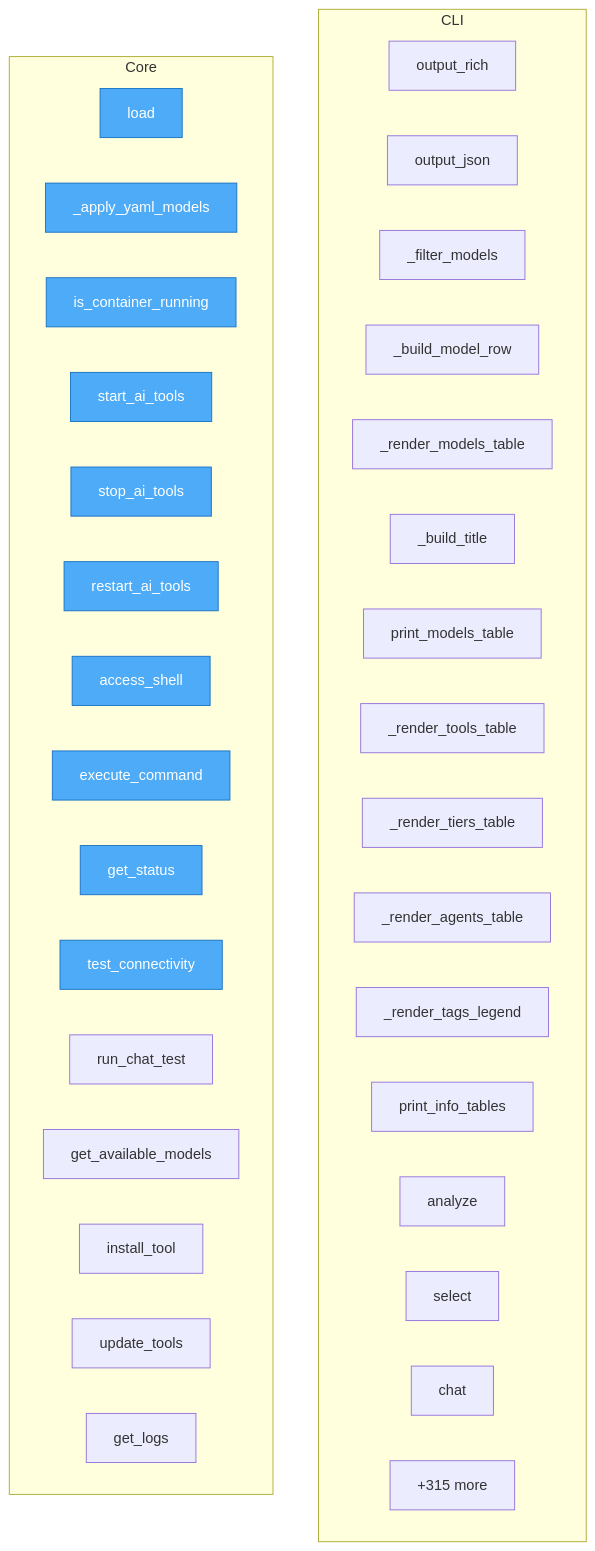
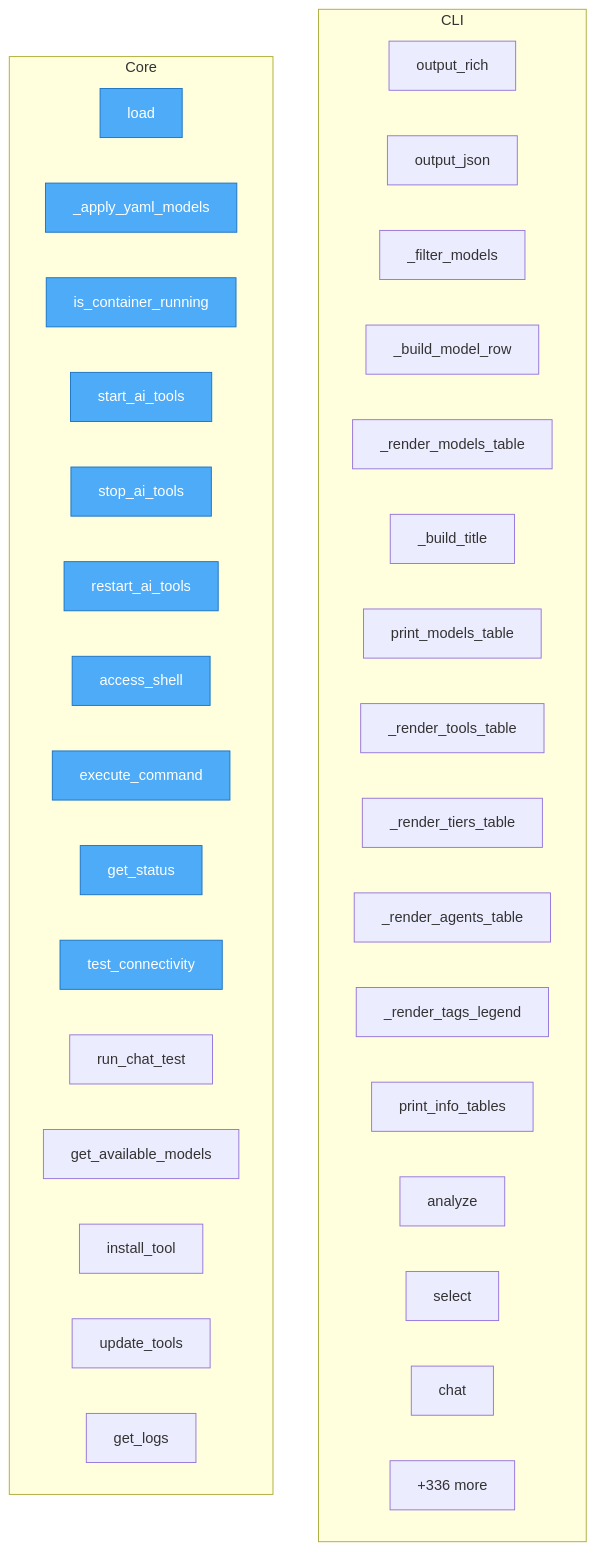
Before and after one commit to semcod/llx: the diagram in project/flow.mmd, drawn with Mermaid. The commit also changed 70 other files, not shown here.

```diff
--- a/project/flow.mmd
+++ b/project/flow.mmd
@@ -1,44 +1,44 @@
 flowchart TD
 
     %% Entry points (blue)
     classDef entry fill:#4dabf7,stroke:#1971c2,color:#fff
 
     subgraph CLI
         llx__cli__formatters__output_rich["output_rich"]
         llx__cli__formatters__output_json["output_json"]
         llx__cli__formatters___filter_models["_filter_models"]
         llx__cli__formatters___build_model_row["_build_model_row"]
         llx__cli__formatters___render_models_table["_render_models_table"]
         llx__cli__formatters___build_title["_build_title"]
         llx__cli__formatters__print_models_table["print_models_table"]
         llx__cli__formatters___render_tools_table["_render_tools_table"]
         llx__cli__formatters___render_tiers_table["_render_tiers_table"]
         llx__cli__formatters___render_agents_table["_render_agents_table"]
         llx__cli__formatters___render_tags_legend["_render_tags_legend"]
         llx__cli__formatters__print_info_tables["print_info_tables"]
         llx__cli__app__analyze["analyze"]
         llx__cli__app__select["select"]
         llx__cli__app__chat["chat"]
         ...["+11 more"]
     end
 
     subgraph Core
         llx__config__LlxConfig__load["load"]
         llx__config___apply_yaml_models["_apply_yaml_models"]
         llx__AIToolsManager__is_container_running["is_container_running"]
         llx__tools__ai_tools_manager__AIToolsManager__start_ai_tools["start_ai_tools"]
         llx__tools__ai_tools_manager__AIToolsManager__stop_ai_tools["stop_ai_tools"]
         llx__AIToolsManager__restart_ai_tools["restart_ai_tools"]
         llx__tools__ai_tools_manager__AIToolsManager__access_shell["access_shell"]
         llx__AIToolsManager__execute_command["execute_command"]
         llx__tools__ai_tools_manager__AIToolsManager__get_status["get_status"]
         llx__AIToolsManager__test_connectivity["test_connectivity"]
         llx__tools__ai_tools_manager__AIToolsManager__run_chat_test["run_chat_test"]
         llx__AIToolsManager__get_available_models["get_available_models"]
         llx__tools__ai_tools_manager__AIToolsManager__install_tool["install_tool"]
         llx__tools__ai_tools_manager__AIToolsManager__update_tools["update_tools"]
         llx__tools__ai_tools_manager__AIToolsManager__get_logs["get_logs"]
-        ...["+315 more"]
+        ...["+336 more"]
     end
 
     class llx__config__LlxConfig__load,llx__config___apply_yaml_models,llx__AIToolsManager__is_container_running,llx__tools__ai_tools_manager__AIToolsManager__start_ai_tools,llx__tools__ai_tools_manager__AIToolsManager__stop_ai_tools,llx__AIToolsManager__restart_ai_tools,llx__tools__ai_tools_manager__AIToolsManager__access_shell,llx__AIToolsManager__execute_command,llx__tools__ai_tools_manager__AIToolsManager__get_status,llx__AIToolsManager__test_connectivity entry
```
